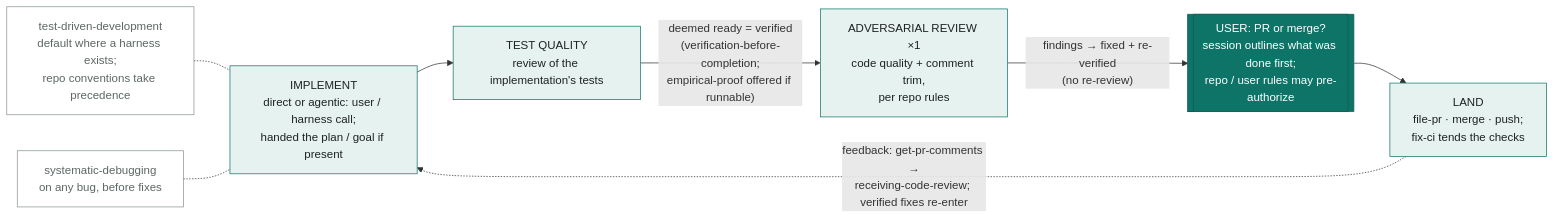
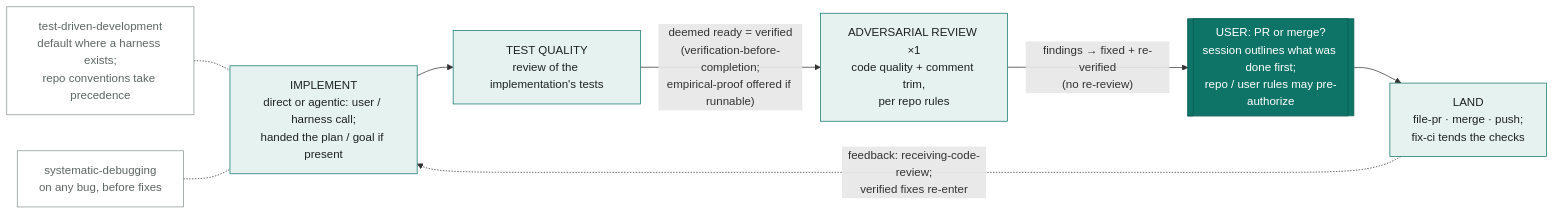
One commit to giostriquer/workshop changed the second of 2 diagrams in docs/workbench-flow.md. Above: the diagram before and after it, drawn with Mermaid. The commit also changed 26 other files, not shown here.

First line of the commit message:
feat: get-pr-comments returns to toolkit; audit and using-workbench triggers narrow (workbench 0.26.0, toolkit 0.8.0)

````diff
--- a/docs/workbench-flow.md
+++ b/docs/workbench-flow.md
@@ -41,21 +41,21 @@
 ```mermaid
 flowchart LR
     classDef gate fill:#0e7468,stroke:#0a5c52,color:#ffffff
     classDef stage fill:#e6f2f0,stroke:#0e7468,color:#1d2321
     classDef sat fill:none,stroke:#8a948f,color:#5d6763
 
     TDD["test-driven-development<br/>default where a harness exists;<br/>repo conventions take precedence"]:::sat -.- I
     SD["systematic-debugging<br/>on any bug, before fixes"]:::sat -.- I
 
     I["IMPLEMENT<br/>direct or agentic: user / harness call;<br/>handed the plan / goal if present"]:::stage
     TQ["TEST QUALITY<br/>review of the implementation's tests"]:::stage
     AR["ADVERSARIAL REVIEW ×1<br/>code quality + comment trim,<br/>per repo rules"]:::stage
     OG[["USER: PR or merge?<br/>session outlines what was done first;<br/>repo / user rules may pre-authorize"]]:::gate
     L["LAND<br/>file-pr · merge · push;<br/>fix-ci tends the checks"]:::stage
 
     I --> TQ
     TQ -->|"deemed ready = verified<br/>(verification-before-completion;<br/>empirical-proof offered if runnable)"| AR
     AR -->|"findings → fixed + re-verified<br/>(no re-review)"| OG
     OG --> L
-    L -.->|"feedback: get-pr-comments →<br/>receiving-code-review; verified fixes re-enter"| I
+    L -.->|"feedback: receiving-code-review;<br/>verified fixes re-enter"| I
 ```
````
